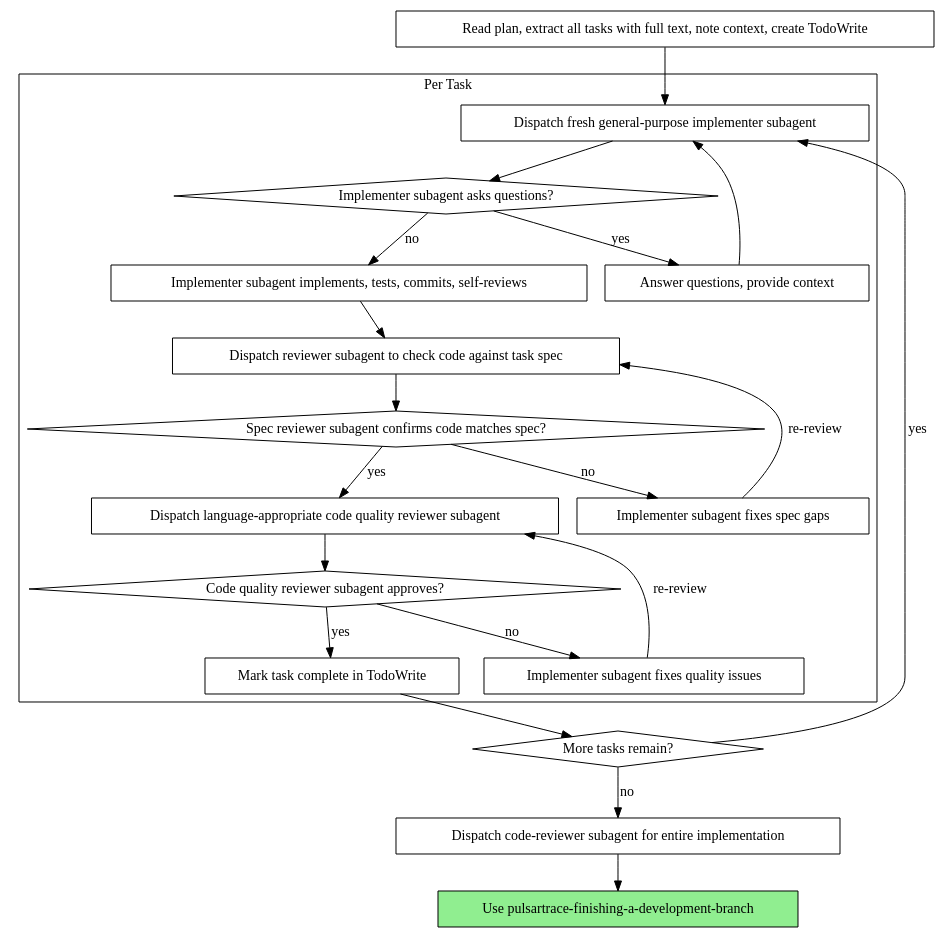
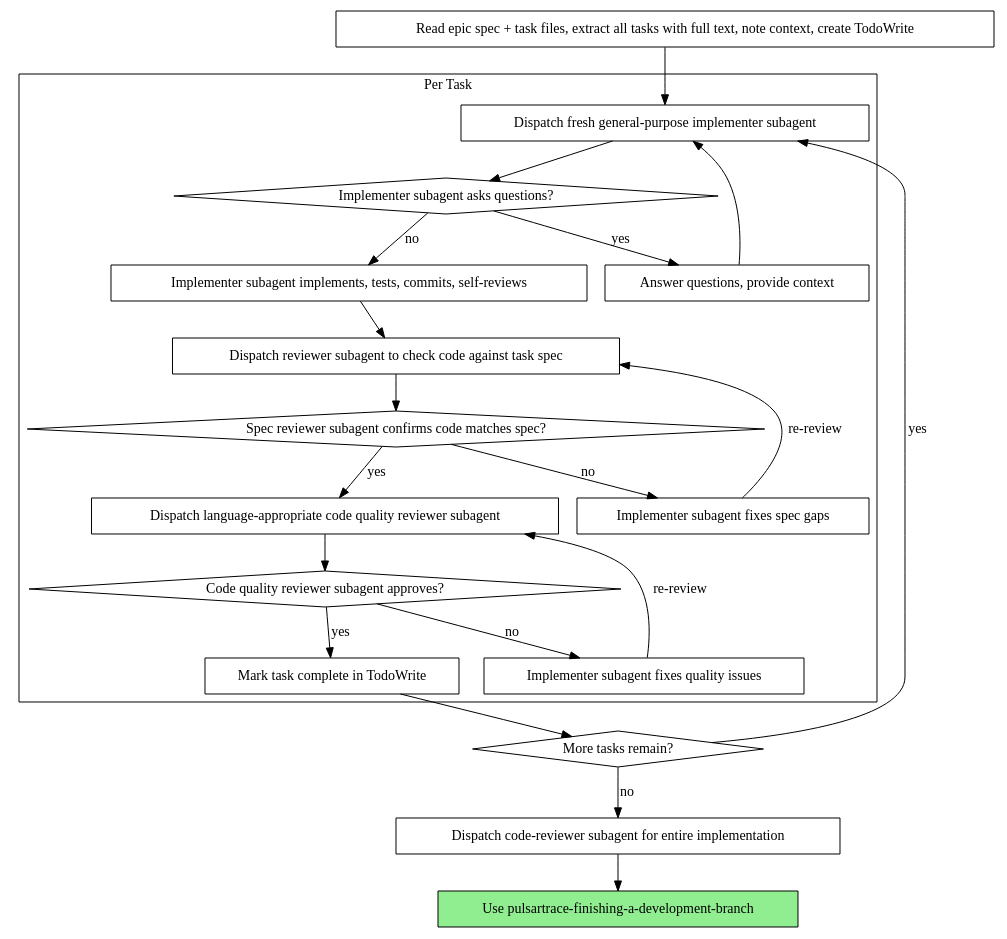
One commit to Gravital-Forge/pulsar-trace changed the second of 2 diagrams in .claude/skills/pulsartrace-subagent-driven-development/SKILL.md. Above: the diagram before and after it, drawn with Graphviz. The commit also changed other lines of this file and 9 other files, not shown here.

````diff
--- a/.claude/skills/pulsartrace-subagent-driven-development/SKILL.md
+++ b/.claude/skills/pulsartrace-subagent-driven-development/SKILL.md
@@ -44,44 +48,44 @@
 ```dot
 digraph process {
     rankdir=TB;
 
     subgraph cluster_per_task {
         label="Per Task";
         "Dispatch fresh general-purpose implementer subagent" [shape=box];
         "Implementer subagent asks questions?" [shape=diamond];
         "Answer questions, provide context" [shape=box];
         "Implementer subagent implements, tests, commits, self-reviews" [shape=box];
         "Dispatch reviewer subagent to check code against task spec" [shape=box];
         "Spec reviewer subagent confirms code matches spec?" [shape=diamond];
         "Implementer subagent fixes spec gaps" [shape=box];
         "Dispatch language-appropriate code quality reviewer subagent" [shape=box];
         "Code quality reviewer subagent approves?" [shape=diamond];
         "Implementer subagent fixes quality issues" [shape=box];
         "Mark task complete in TodoWrite" [shape=box];
     }
 
-    "Read plan, extract all tasks with full text, note context, create TodoWrite" [shape=box];
+    "Read epic spec + task files, extract all tasks with full text, note context, create TodoWrite" [shape=box];
     "More tasks remain?" [shape=diamond];
     "Dispatch code-reviewer subagent for entire implementation" [shape=box];
     "Use pulsartrace-finishing-a-development-branch" [shape=box style=filled fillcolor=lightgreen];
 
-    "Read plan, extract all tasks with full text, note context, create TodoWrite" -> "Dispatch fresh general-purpose implementer subagent";
+    "Read epic spec + task files, extract all tasks with full text, note context, create TodoWrite" -> "Dispatch fresh general-purpose implementer subagent";
     "Dispatch fresh general-purpose implementer subagent" -> "Implementer subagent asks questions?";
     "Implementer subagent asks questions?" -> "Answer questions, provide context" [label="yes"];
     "Answer questions, provide context" -> "Dispatch fresh general-purpose implementer subagent";
     "Implementer subagent asks questions?" -> "Implementer subagent implements, tests, commits, self-reviews" [label="no"];
     "Implementer subagent implements, tests, commits, self-reviews" -> "Dispatch reviewer subagent to check code against task spec";
     "Dispatch reviewer subagent to check code against task spec" -> "Spec reviewer subagent confirms code matches spec?";
     "Spec reviewer subagent confirms code matches spec?" -> "Implementer subagent fixes spec gaps" [label="no"];
     "Implementer subagent fixes spec gaps" -> "Dispatch reviewer subagent to check code against task spec" [label="re-review"];
     "Spec reviewer subagent confirms code matches spec?" -> "Dispatch language-appropriate code quality reviewer subagent" [label="yes"];
     "Dispatch language-appropriate code quality reviewer subagent" -> "Code quality reviewer subagent approves?";
     "Code quality reviewer subagent approves?" -> "Implementer subagent fixes quality issues" [label="no"];
     "Implementer subagent fixes quality issues" -> "Dispatch language-appropriate code quality reviewer subagent" [label="re-review"];
     "Code quality reviewer subagent approves?" -> "Mark task complete in TodoWrite" [label="yes"];
     "Mark task complete in TodoWrite" -> "More tasks remain?";
     "More tasks remain?" -> "Dispatch fresh general-purpose implementer subagent" [label="yes"];
     "More tasks remain?" -> "Dispatch code-reviewer subagent for entire implementation" [label="no"];
     "Dispatch code-reviewer subagent for entire implementation" -> "Use pulsartrace-finishing-a-development-branch";
 }
 ```
````
